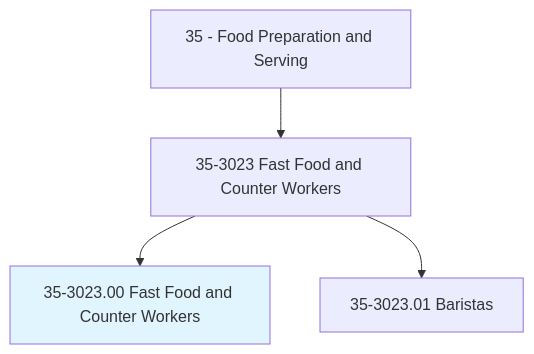
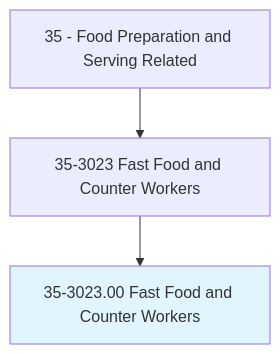
The first of 4 diagrams in occupations/FoodService/FastFoodAndCounterWorkers.mdx (kziemski/business.org.ai), drawn with Mermaid before and after one commit. The commit also changed other lines of this file and 938 other files, not shown here.

````diff
--- a/occupations/FoodService/FastFoodAndCounterWorkers.mdx
+++ b/occupations/FoodService/FastFoodAndCounterWorkers.mdx
@@ -19,7 +23,6 @@
 ```mermaid
 graph TD
-    Cat35["35 - Food Preparation and Serving"] --> Group353023["35-3023 Fast Food and Counter Workers"]
+    Cat35["35 - Food Preparation and Serving Related"] --> Group353023["35-3023 Fast Food and Counter Workers"]
     Group353023 --> Current["35-3023.00 Fast Food and Counter Workers"]
     style Current fill:#e1f5fe
-    Group353023 --> V35302301["35-3023.01 Baristas"]
 ```
````
